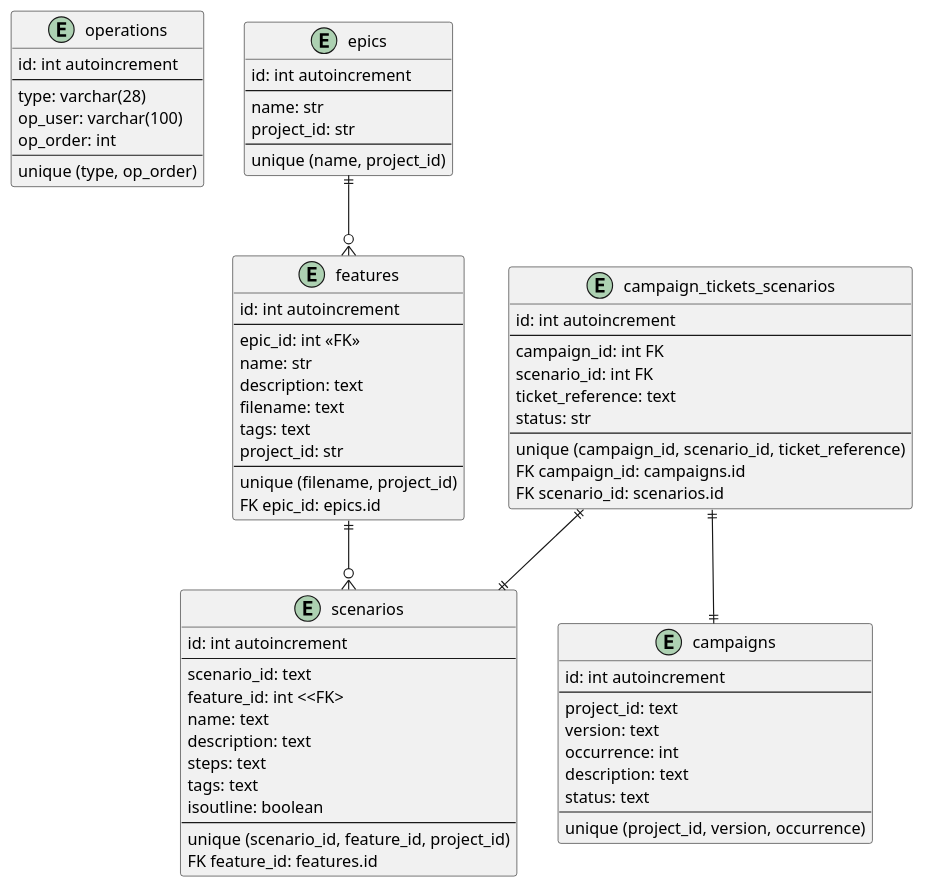
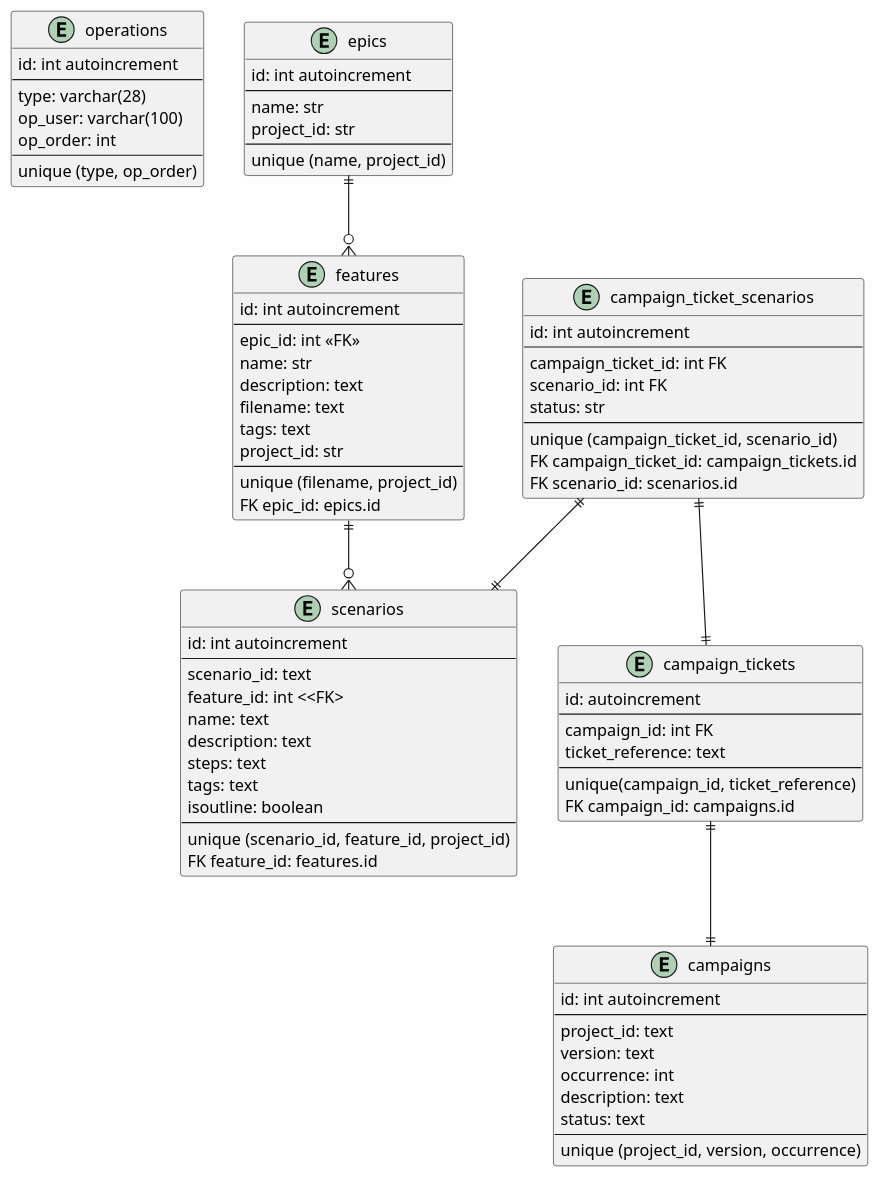
The diagram in documentation/sql_db.puml (Hidden-goblin/eaidashboard), drawn with PlantUML before and after one commit. The commit also changed 15 other files, not shown here.

```diff
--- a/documentation/sql_db.puml
+++ b/documentation/sql_db.puml
@@ -1,95 +1,106 @@
 @startuml
 'https://plantuml.com/sequence-diagram
 ' -----------------------------------------
 ' Maintenance
 ' -----------------------------------------
 
 entity operations {
 id: int autoincrement
 --
 type: varchar(28)
 op_user: varchar(100)
 op_order: int
 --
 unique (type, op_order)
 }
 
 ' -----------------------------------------
 ' Repository
 ' -----------------------------------------
 entity epics {
 id: int autoincrement
 --
 name: str
 project_id: str
 --
 unique (name, project_id)
 }
 
 entity features {
 id: int autoincrement
 --
 epic_id: int <<FK>>
 name: str
 description: text
 filename: text
 tags: text
 project_id: str
 --
 unique (filename, project_id)
 FK epic_id: epics.id
 }
 
 entity scenarios {
 id: int autoincrement
 --
 scenario_id: text
 feature_id: int <<FK>
 name: text
 description: text
 steps: text
 tags: text
 isoutline: boolean
 --
 unique (scenario_id, feature_id, project_id)
 FK feature_id: features.id
 }
 
 ' one epic per feature, zero more features per epic
 epics ||--o{ features
 ' one feature per scenario_internal_id, zero more scenarios per feature
 features ||--o{ scenarios
 
 ' -----------------------------------------
 ' Campaigns
 ' -----------------------------------------
 
 entity campaigns {
 id: int autoincrement
 --
 project_id: text
 version: text
 occurrence: int
 description: text
 status: text
 --
 unique (project_id, version, occurrence)
 }
 
-entity campaign_tickets_scenarios {
+' link between campaign and ticket
+entity campaign_tickets{
+id: autoincrement
+---
+campaign_id: int FK
+ticket_reference: text
+---
+unique(campaign_id, ticket_reference)
+FK campaign_id: campaigns.id
+}
+
+' link between campaign-ticket and scenario
+entity campaign_ticket_scenarios {
 id: int autoincrement
 --
-campaign_id: int FK
+campaign_ticket_id: int FK
 scenario_id: int FK
-ticket_reference: text
 status: str
 --
-unique (campaign_id, scenario_id, ticket_reference)
-FK campaign_id: campaigns.id
+unique (campaign_ticket_id, scenario_id)
+FK campaign_ticket_id: campaign_tickets.id
 FK scenario_id: scenarios.id
 }
-
-campaign_tickets_scenarios ||--|| campaigns
-campaign_tickets_scenarios ||--|| scenarios
+campaign_tickets ||--|| campaigns
+campaign_ticket_scenarios ||--|| campaign_tickets
+campaign_ticket_scenarios ||--|| scenarios
 
 @enduml
```
